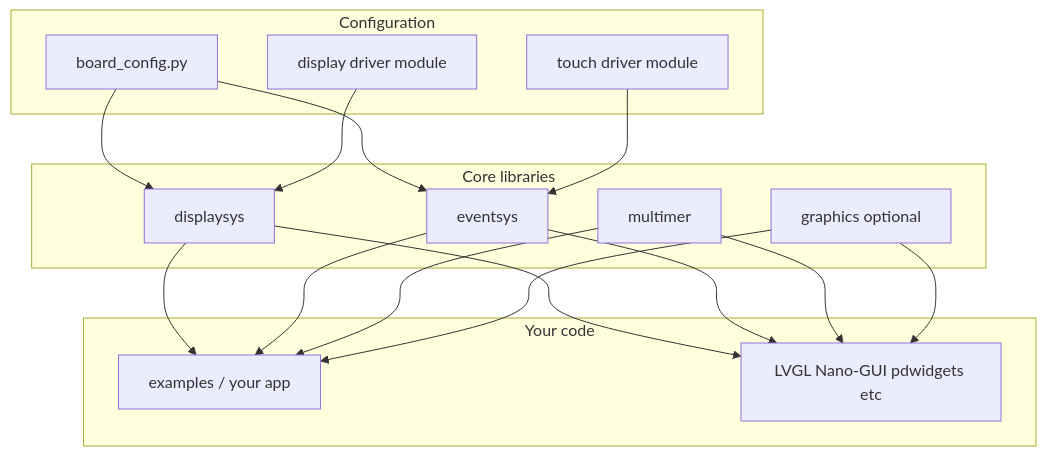
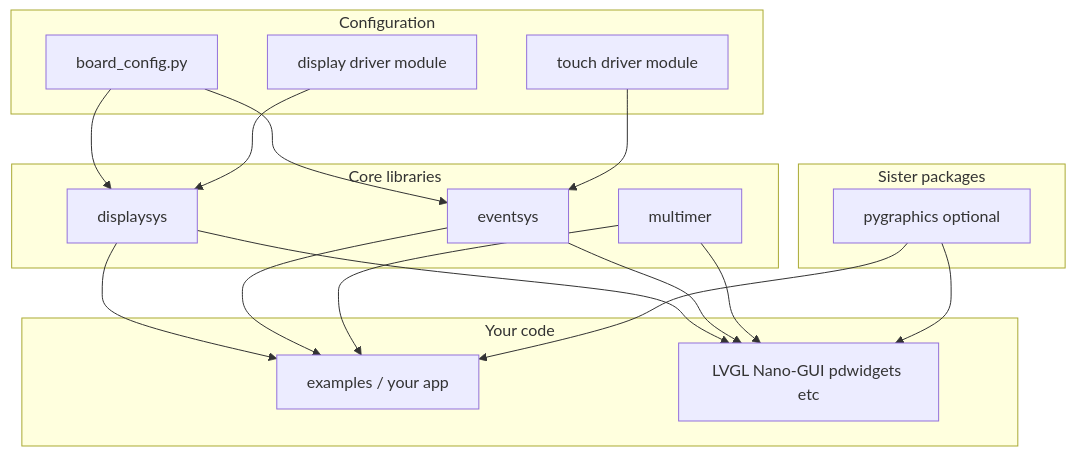
Before and after one commit to PyDevices/pydisplay: the diagram in docs/concepts/architecture.md, drawn with Mermaid. The commit also changed other lines of this file and 8 other files, not shown here.

First line of the commit message:
Fix docs and code references: pygraphics is a sister repo, not in-tree

````diff
--- a/docs/concepts/architecture.md
+++ b/docs/concepts/architecture.md
@@ -7,30 +7,32 @@
 ```mermaid
 flowchart TB
   subgraph config [Configuration]
     BC[board_config.py]
     DD[display driver module]
     TD[touch driver module]
   end
   subgraph core [Core libraries]
     DS[displaysys]
     ES[eventsys]
-    GR[graphics optional]
     MT[multimer]
+  end
+  subgraph sister [Sister packages]
+    GR[pygraphics optional]
   end
   subgraph app [Your code]
     EX[examples / your app]
     GUI[LVGL Nano-GUI pdwidgets etc]
   end
   BC --> DS
   BC --> ES
   DD --> DS
   TD --> ES
   DS --> EX
   ES --> EX
   MT --> EX
   DS --> GUI
   ES --> GUI
   MT --> GUI
   GR --> EX
   GR --> GUI
 ```
````
